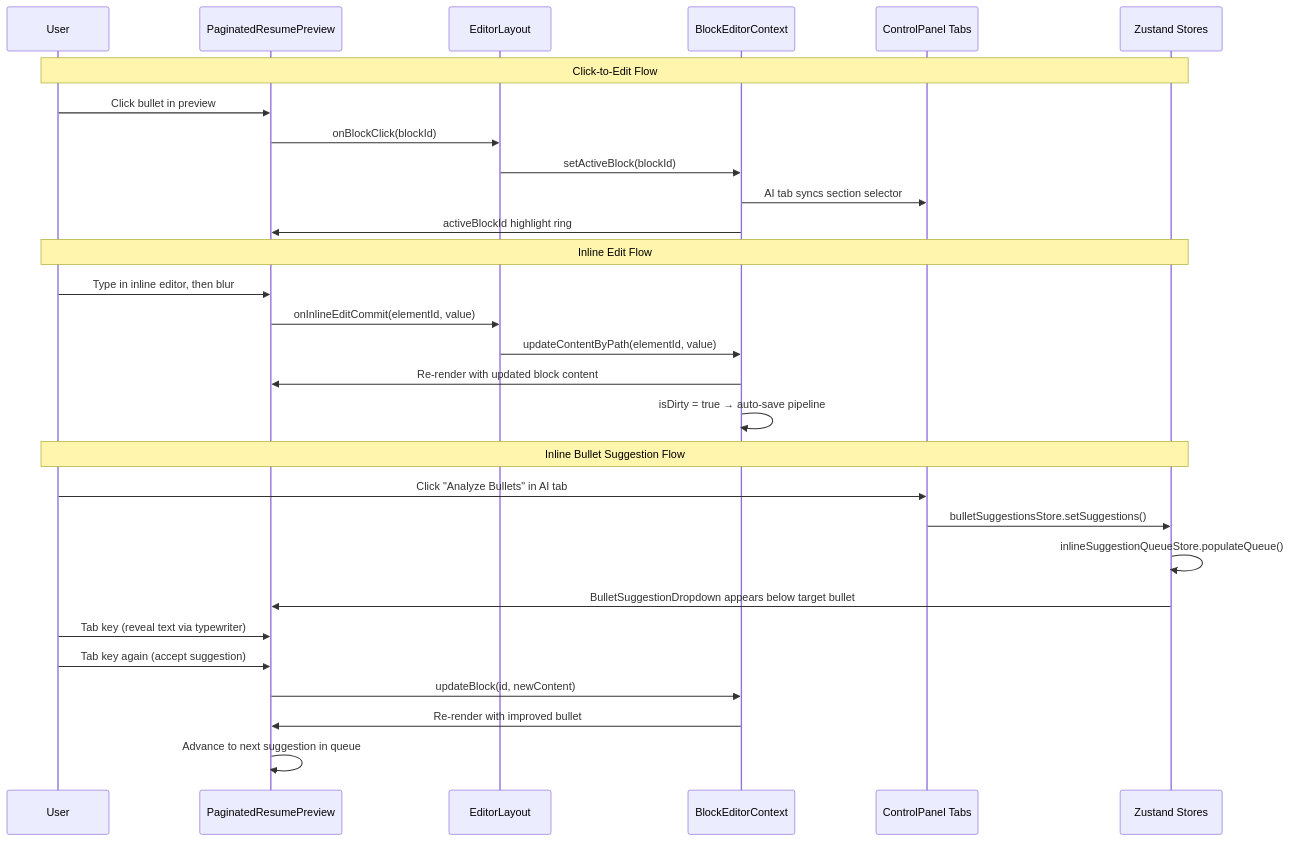
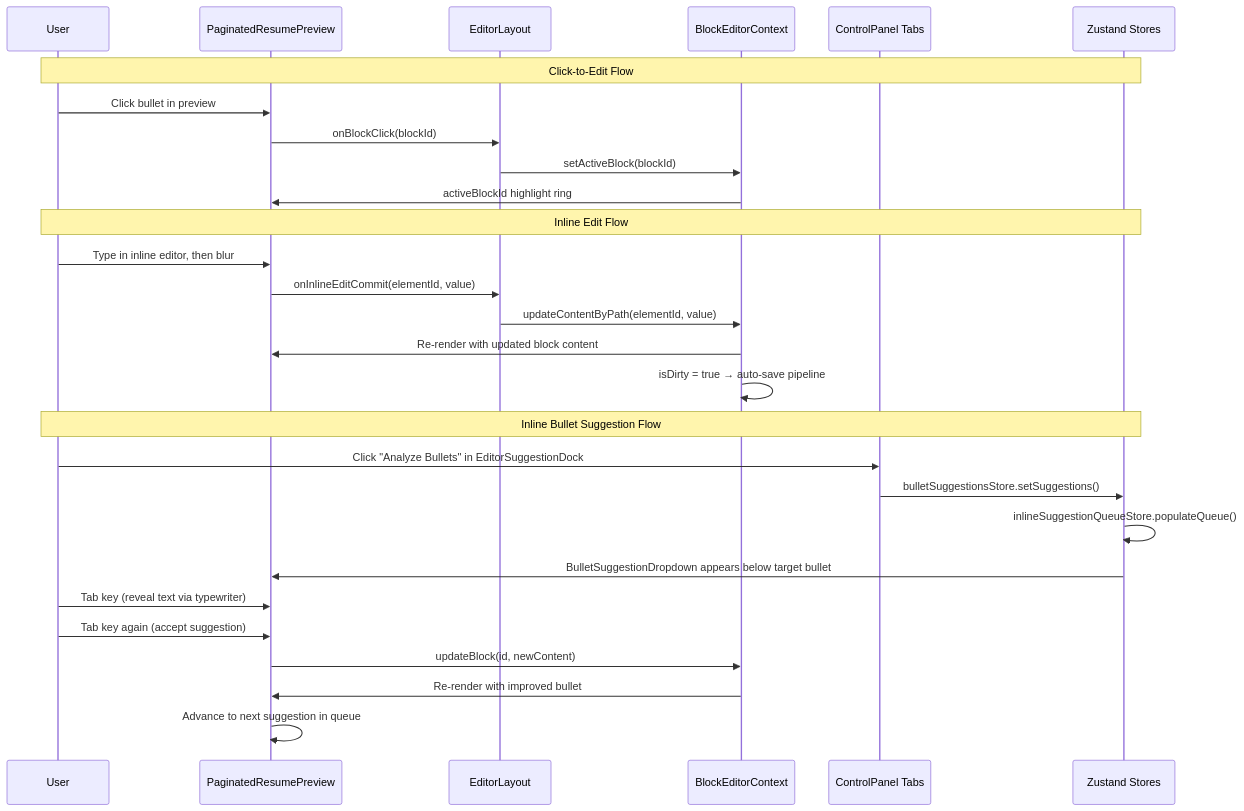
One commit to Sungchunn/AI-Resume-Tailor changed the second of 7 diagrams in docs/architecture/editor-guide.md. Above: the diagram before and after it, drawn with Mermaid. The commit also changed other lines of this file and 1 other file, not shown here.

First line of the commit message:
docs: Update editor docs for floating suggestion dock

````diff
--- a/docs/architecture/editor-guide.md
+++ b/docs/architecture/editor-guide.md
@@ -287,34 +286,33 @@
 ```mermaid
 sequenceDiagram
     participant User
     participant Preview as PaginatedResumePreview
     participant Layout as EditorLayout
     participant Context as BlockEditorContext
     participant Control as ControlPanel Tabs
     participant Store as Zustand Stores
 
     Note over User,Store: Click-to-Edit Flow
     User->>Preview: Click bullet in preview
     Preview->>Layout: onBlockClick(blockId)
     Layout->>Context: setActiveBlock(blockId)
-    Context->>Control: AI tab syncs section selector
     Context->>Preview: activeBlockId highlight ring
 
     Note over User,Store: Inline Edit Flow
     User->>Preview: Type in inline editor, then blur
     Preview->>Layout: onInlineEditCommit(elementId, value)
     Layout->>Context: updateContentByPath(elementId, value)
     Context->>Preview: Re-render with updated block content
     Context->>Context: isDirty = true → auto-save pipeline
 
     Note over User,Store: Inline Bullet Suggestion Flow
-    User->>Control: Click "Analyze Bullets" in AI tab
+    User->>Control: Click "Analyze Bullets" in EditorSuggestionDock
     Control->>Store: bulletSuggestionsStore.setSuggestions()
     Store->>Store: inlineSuggestionQueueStore.populateQueue()
     Store->>Preview: BulletSuggestionDropdown appears below target bullet
     User->>Preview: Tab key (reveal text via typewriter)
     User->>Preview: Tab key again (accept suggestion)
     Preview->>Context: updateBlock(id, newContent)
     Context->>Preview: Re-render with improved bullet
     Preview->>Preview: Advance to next suggestion in queue
 ```
````
